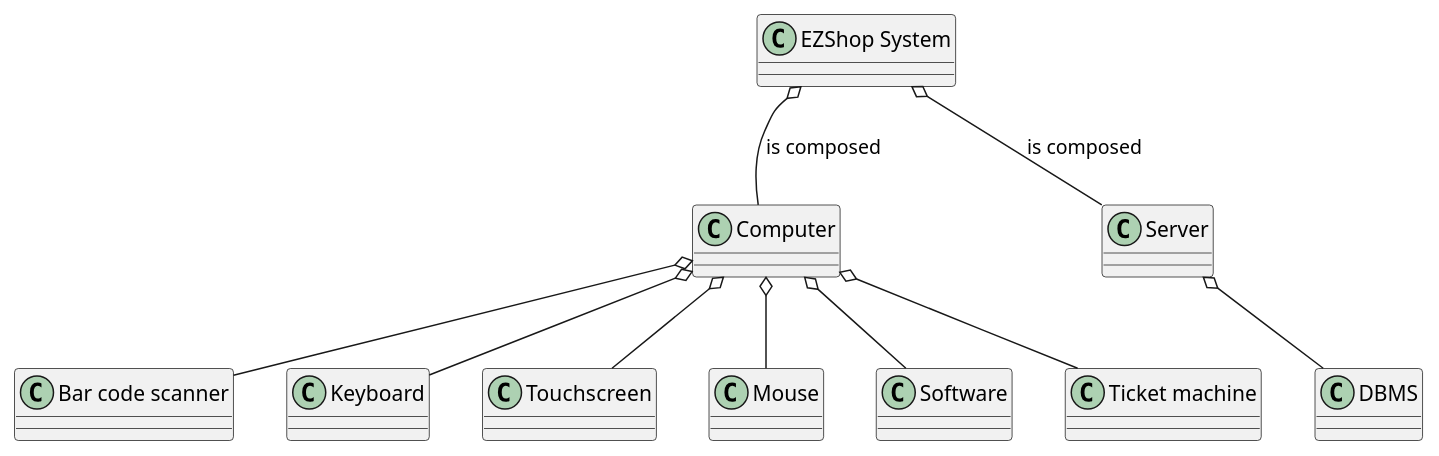
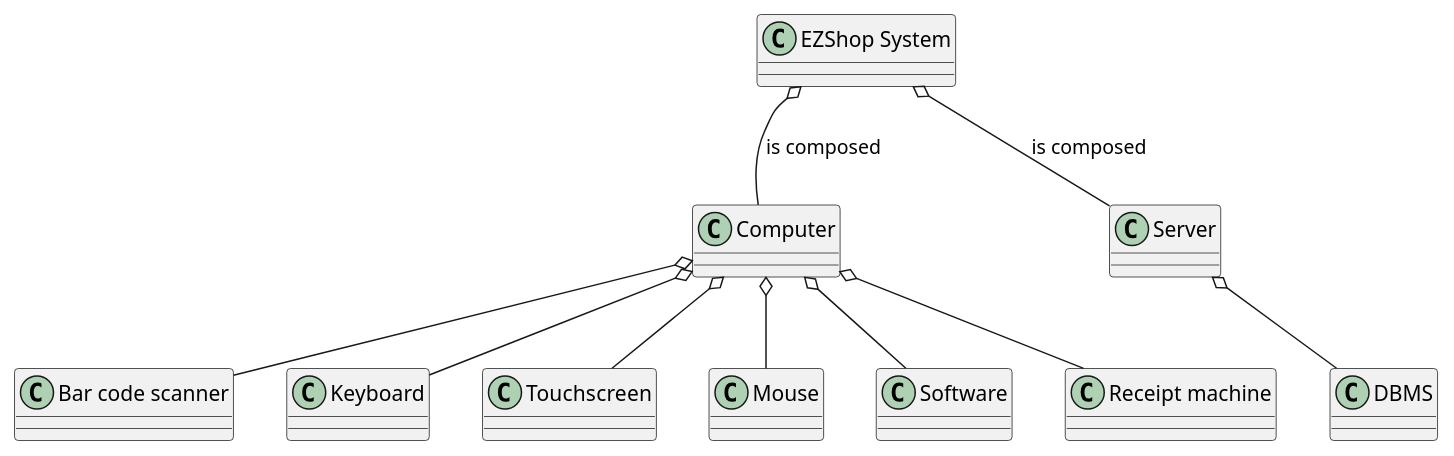
Before and after one commit to MatteoBattilana/EzShop: the fourth of 5 diagrams in Deliverables/RequirementsDocument.md, drawn with PlantUML. The commit also changed other lines of this file, not shown here.

````diff
--- a/Deliverables/RequirementsDocument.md
+++ b/Deliverables/RequirementsDocument.md
@@ -775,16 +775,16 @@
 ```plantuml
 @startuml
 "EZShop System" o-- Computer: is composed
 "EZShop System" o-- Server: is composed
 
 Computer o-- "Bar code scanner"
 Computer o-- "Keyboard"
 Computer o-- "Touchscreen"
 Computer o-- "Mouse"
 Computer o-- "Software"
-Computer o-- "Ticket machine"
+Computer o-- "Receipt machine"
 
 Server o-- "DBMS"
 
 @enduml
 ```
````
